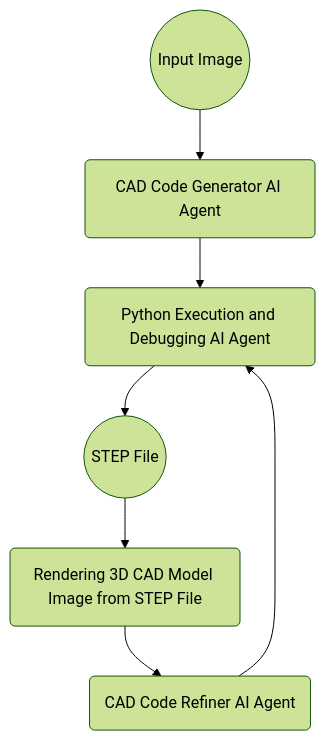
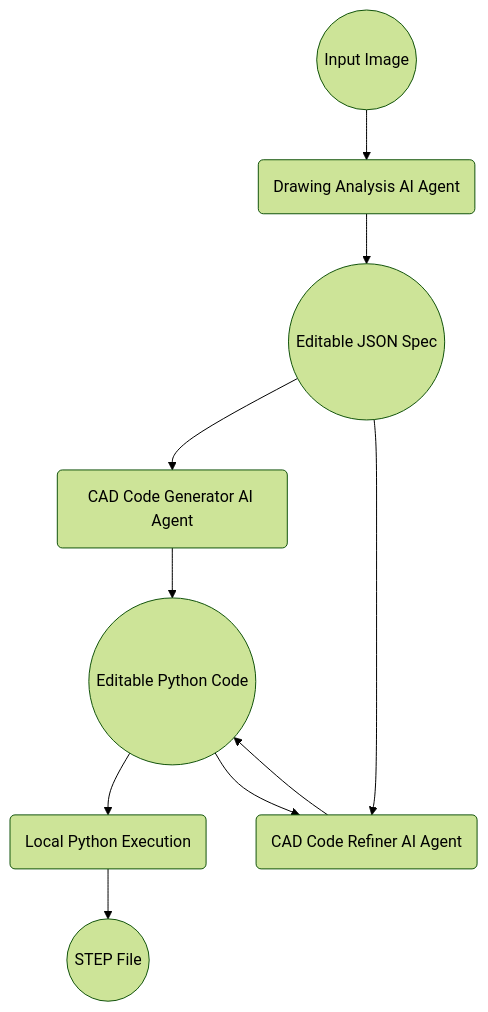
Before and after one commit to Tian-Nian/cad3dify: the diagram in README.md, drawn with Mermaid (forest theme). The commit also changed other lines of this file and 117 other files, not shown here.

````diff
--- a/README.md
+++ b/README.md
@@ -46,9 +61,12 @@
 ```mermaid
 graph TD
-    Input((Input Image)) --> CodeGenerator(CAD Code Generator AI Agent)
-    CodeGenerator --> PythonDebugger(Python Execution and Debugging AI Agent)
-    PythonDebugger --> StepFile((STEP File))
-    StepFile --> Rendering(Rendering 3D CAD Model Image from STEP File)
-    Rendering --> Refiner(CAD Code Refiner AI Agent)
-    Refiner --> PythonDebugger
+    Input((Input Image)) --> Analyzer(Drawing Analysis AI Agent)
+    Analyzer --> JsonSpec((Editable JSON Spec))
+    JsonSpec --> CodeGenerator(CAD Code Generator AI Agent)
+    CodeGenerator --> EditableCode((Editable Python Code))
+    EditableCode --> Executor(Local Python Execution)
+    Executor --> StepFile((STEP File))
+    JsonSpec --> Refiner(CAD Code Refiner AI Agent)
+    EditableCode --> Refiner
+    Refiner --> EditableCode
 ```
````
